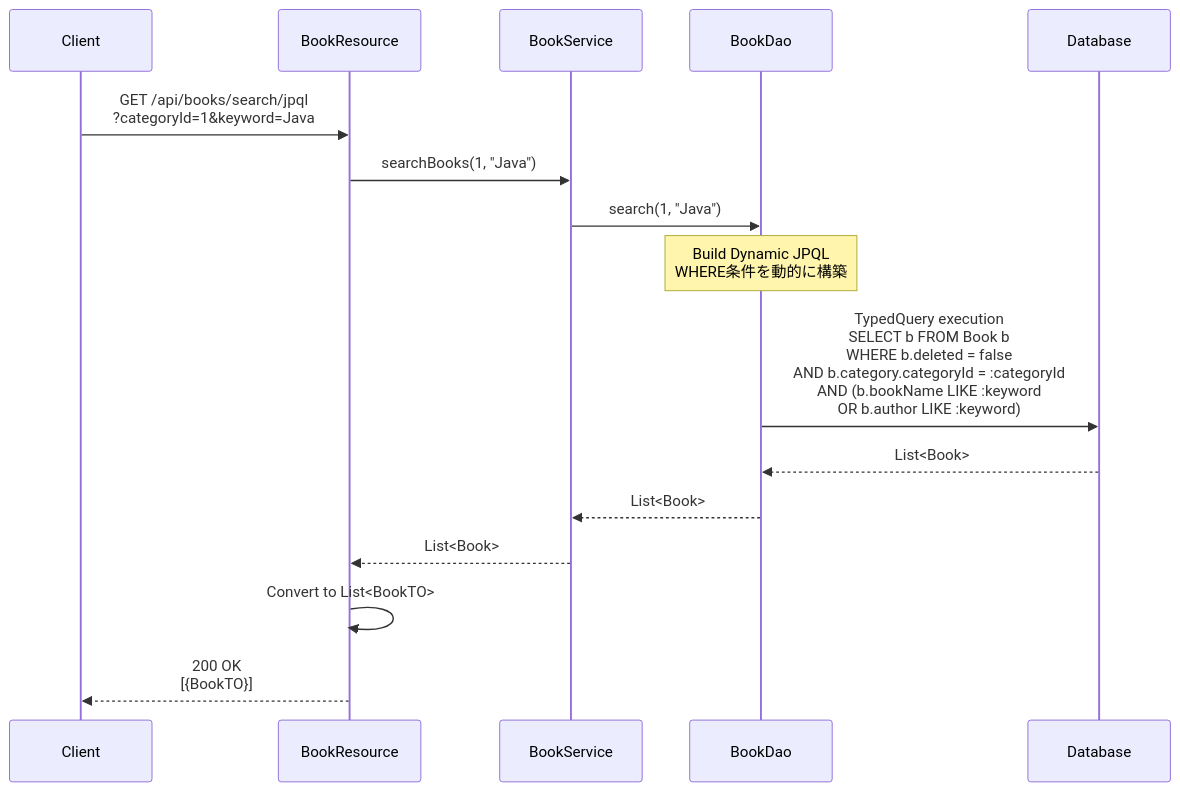
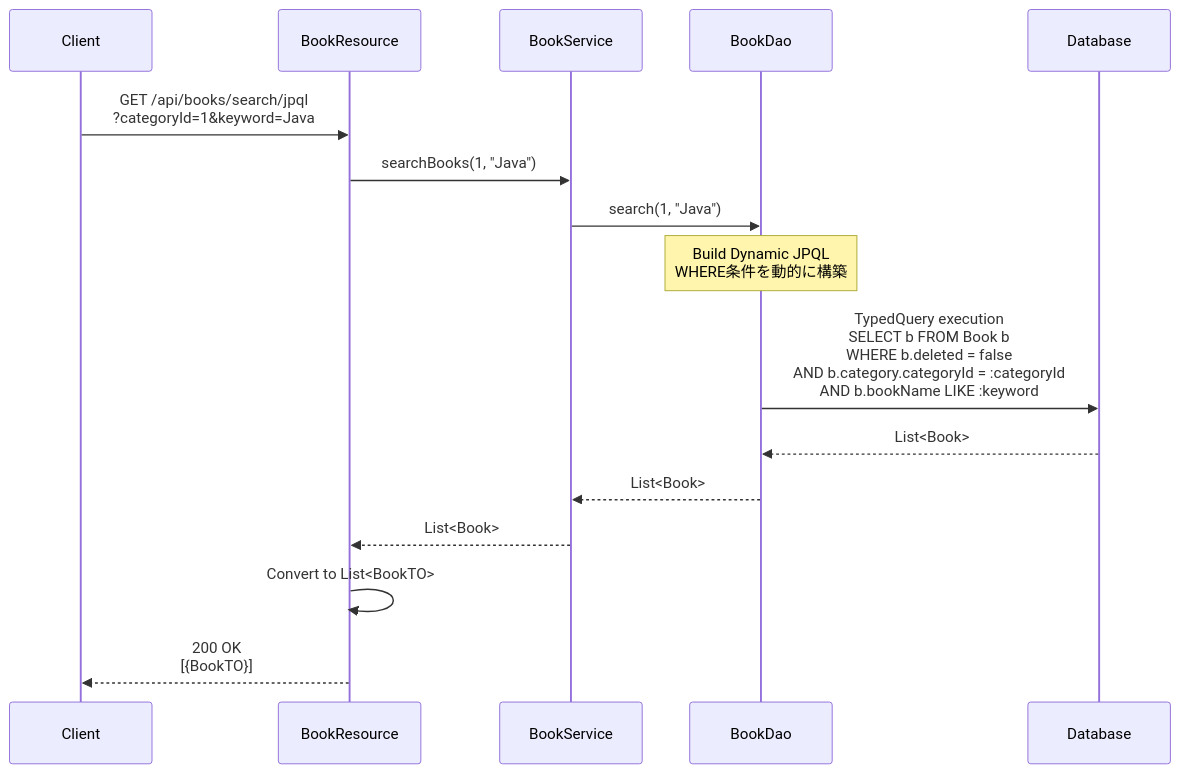
One commit to KenyaSaitoh/ai_driven_dev_202601 changed the third of 8 diagrams in projects/sdd/bookstore/back-office-api-sdd/specs/baseline/api/API_002_books/functional_design.md. Above: the diagram before and after it, drawn with Mermaid. The commit also changed other lines of this file and 40 other files, not shown here.

````diff
--- a/projects/sdd/bookstore/back-office-api-sdd/specs/baseline/api/API_002_books/functional_design.md
+++ b/projects/sdd/bookstore/back-office-api-sdd/specs/baseline/api/API_002_books/functional_design.md
@@ -710,21 +711,21 @@
 ```mermaid
 sequenceDiagram
     participant Client
     participant BookResource
     participant BookService
     participant BookDao
     participant Database
 
     Client->>BookResource: GET /api/books/search/jpql<br/>?categoryId=1&keyword=Java
     BookResource->>BookService: searchBooks(1, "Java")
     BookService->>BookDao: search(1, "Java")
     
     Note over BookDao: Build Dynamic JPQL<br/>WHERE条件を動的に構築
     
-    BookDao->>Database: TypedQuery execution<br/>SELECT b FROM Book b<br/>WHERE b.deleted = false<br/>AND b.category.categoryId = :categoryId<br/>AND (b.bookName LIKE :keyword<br/>     OR b.author LIKE :keyword)
+    BookDao->>Database: TypedQuery execution<br/>SELECT b FROM Book b<br/>WHERE b.deleted = false<br/>AND b.category.categoryId = :categoryId<br/>AND b.bookName LIKE :keyword
     Database-->>BookDao: List<Book>
     BookDao-->>BookService: List<Book>
     BookService-->>BookResource: List<Book>
     BookResource->>BookResource: Convert to List<BookTO>
     BookResource-->>Client: 200 OK<br/>[{BookTO}]
 ```
````
